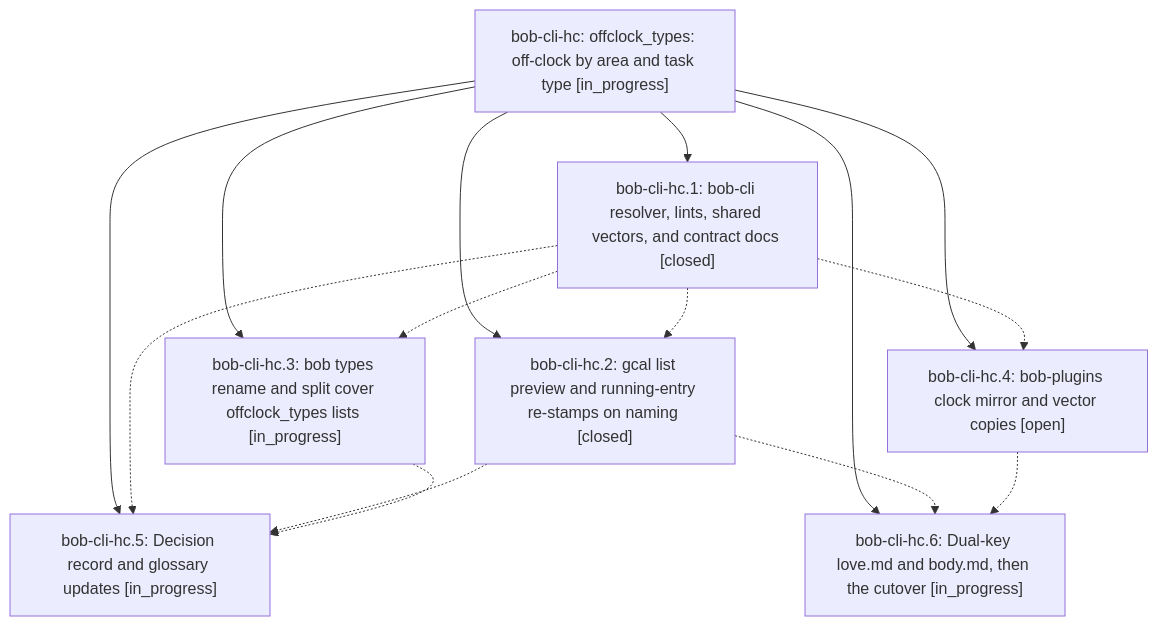
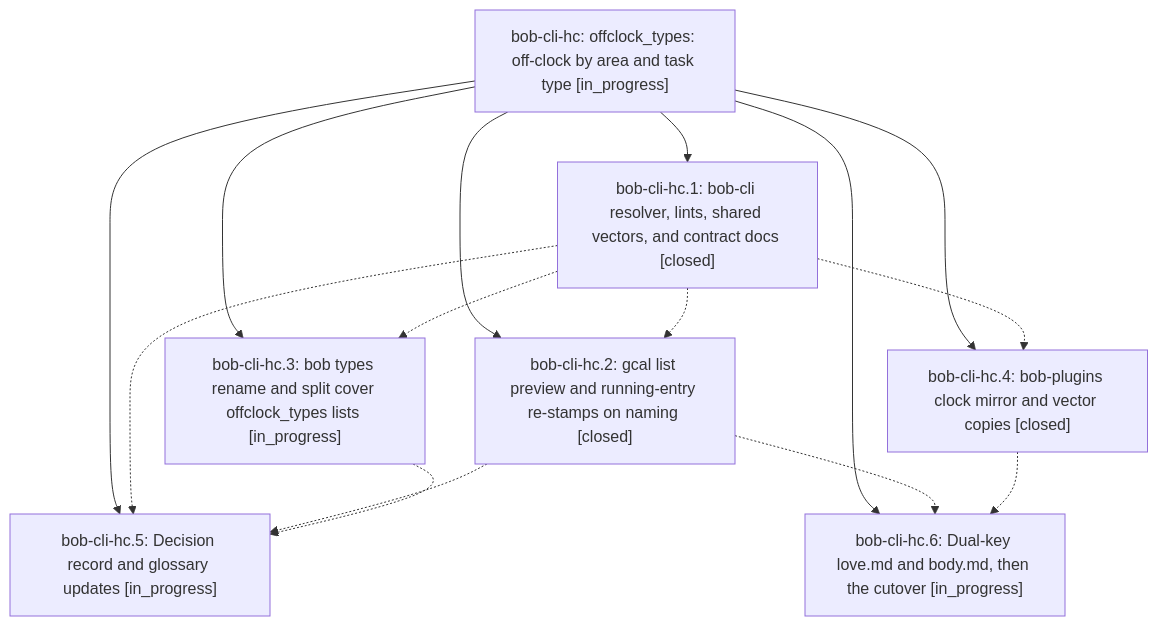
The diagram in pages/bob-cli-hc/README.md (bobs-org/bob-cli--beads), drawn with Mermaid before and after one commit. The commit also changed other lines of this file and 4 other files, not shown here.

First line of the commit message:
chore(beads): sync bead state and pages for bob-cli-hc

````diff
--- a/pages/bob-cli-hc/README.md
+++ b/pages/bob-cli-hc/README.md
@@ -39,24 +39,24 @@
 ```mermaid
 flowchart TD
     n0["bob-cli-hc: offclock_types: off-clock by area and task type [in_progress]"]
     n1["bob-cli-hc.1: bob-cli resolver, lints, shared vectors, and contract docs [closed]"]
     n2["bob-cli-hc.2: gcal list preview and running-entry re-stamps on naming [closed]"]
     n3["bob-cli-hc.3: bob types rename and split cover offclock_types lists [in_progress]"]
-    n4["bob-cli-hc.4: bob-plugins clock mirror and vector copies [open]"]
+    n4["bob-cli-hc.4: bob-plugins clock mirror and vector copies [closed]"]
     n5["bob-cli-hc.5: Decision record and glossary updates [in_progress]"]
     n6["bob-cli-hc.6: Dual-key love.md and body.md, then the cutover [in_progress]"]
     n0 --> n1
     n0 --> n2
     n0 --> n3
     n0 --> n4
     n0 --> n5
     n0 --> n6
     n1 -.-> n2
     n1 -.-> n3
     n1 -.-> n4
     n1 -.-> n5
     n2 -.-> n5
     n2 -.-> n6
     n3 -.-> n5
     n4 -.-> n6
 ```
````
